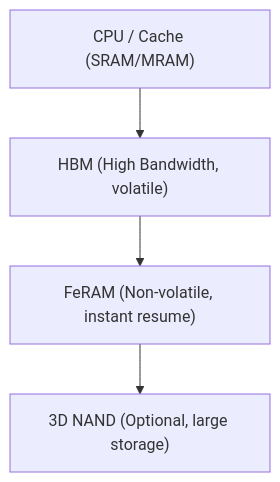
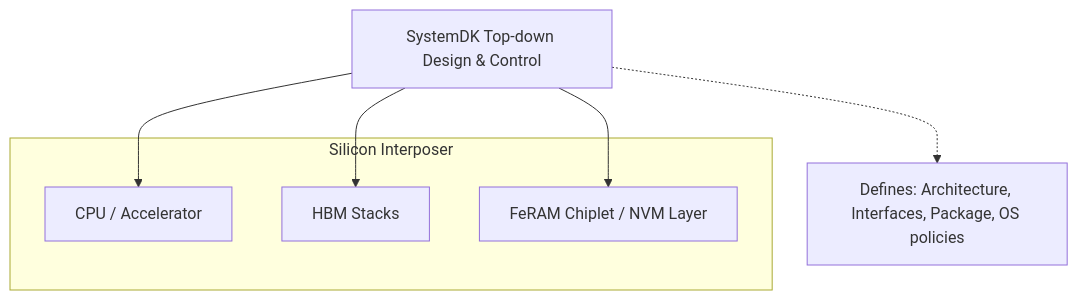
Before and after one commit to Samizo-AITL/Edusemi-v4x: the second of 2 diagrams in d_chapter1_memory_technologies/hbm_feram.md, drawn with Mermaid. The commit also changed other lines of this file, not shown here.

````diff
--- a/d_chapter1_memory_technologies/hbm_feram.md
+++ b/d_chapter1_memory_technologies/hbm_feram.md
@@ -20,9 +124,17 @@
 ```mermaid
-flowchart TD
-    CPU["CPU / Cache (SRAM/MRAM)"]
-    HBM["HBM (High Bandwidth, volatile)"]
-    FeRAM["FeRAM (Non-volatile, instant resume)"]
-    NAND["3D NAND (Optional, large storage)"]
+flowchart TB
+    subgraph Interposer["Silicon Interposer"]
+        CPU["CPU / Accelerator"]
+        HBM["HBM Stacks"]
+        FeRAM["FeRAM Chiplet / NVM Layer"]
+    end
 
-    CPU --> HBM --> FeRAM --> NAND
+    SystemDK["SystemDK Top-down Design & Control"]
+
+    SystemDK --> CPU
+    SystemDK --> HBM
+    SystemDK --> FeRAM
+
+    note1["Defines: Architecture, Interfaces, Package, OS policies"]
+    SystemDK -.-> note1
 ```
````
